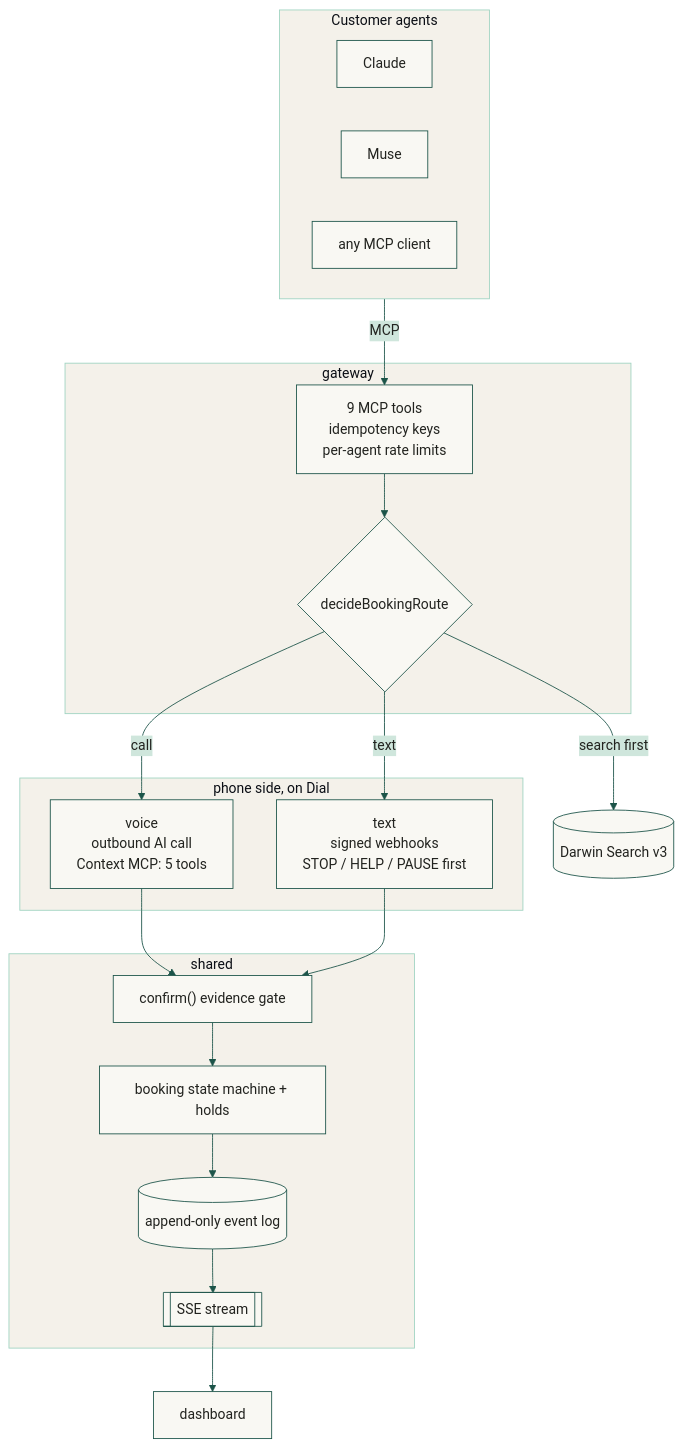
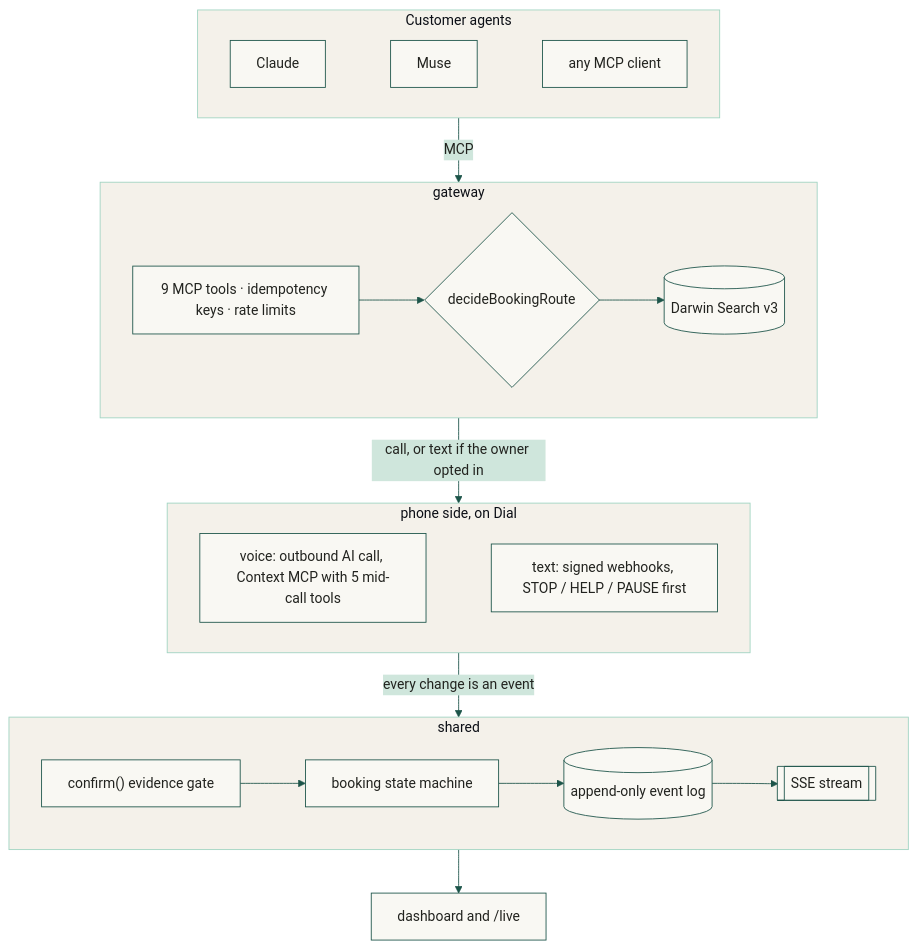
One commit to KarthikSubramanian07/Platypus changed the fourth of 6 diagrams in README.md. Above: the diagram before and after it, drawn with Mermaid. The commit also changed other lines of this file and 14 other files, not shown here.

First line of the commit message:
Polish the README diagrams and screenshots, and fix what a stress pass found

````diff
--- a/README.md
+++ b/README.md
@@ -138,31 +138,26 @@
 ```mermaid
-%%{init: {'theme': 'base', 'themeVariables': {'fontFamily': 'ui-sans-serif, system-ui, sans-serif', 'primaryColor': '#f9f8f3', 'primaryTextColor': '#22231f', 'primaryBorderColor': '#1c5449', 'lineColor': '#1c5449', 'secondaryColor': '#cfe6dc', 'tertiaryColor': '#f4f1ea', 'clusterBkg': '#f4f1ea', 'clusterBorder': '#9fd3c1', 'actorBkg': '#1c5449', 'actorTextColor': '#ffffff', 'actorBorder': '#1c5449', 'noteBkgColor': '#cfe6dc', 'noteBorderColor': '#1c5449', 'signalColor': '#1c5449', 'labelBoxBkgColor': '#f9f8f3', 'xyChart': {'plotColorPalette': '#1c5449'}}}}%%
+%%{init: {'theme': 'base', 'themeVariables': {'fontFamily': 'ui-sans-serif, system-ui, sans-serif', 'primaryColor': '#f9f8f3', 'primaryTextColor': '#22231f', 'primaryBorderColor': '#1c5449', 'lineColor': '#1c5449', 'secondaryColor': '#cfe6dc', 'tertiaryColor': '#f4f1ea', 'clusterBkg': '#f4f1ea', 'clusterBorder': '#9fd3c1', 'actorBkg': '#cfe6dc', 'actorTextColor': '#22231f', 'actorBorder': '#1c5449', 'actorLineColor': '#9fd3c1', 'noteBkgColor': '#cfe6dc', 'noteBorderColor': '#1c5449', 'signalColor': '#1c5449', 'labelBoxBkgColor': '#f9f8f3', 'xyChart': {'plotColorPalette': '#1c5449'}}}}%%
 flowchart TB
     subgraph Agents["Customer agents"]
-        CL[Claude] & MU[Muse] & ANY[any MCP client]
+        direction LR
+        CL[Claude] ~~~ MU[Muse] ~~~ ANY[any MCP client]
     end
     subgraph GW["gateway"]
-        T["9 MCP tools<br/>idempotency keys<br/>per-agent rate limits"]
-        R{decideBookingRoute}
+        direction LR
+        T["9 MCP tools · idempotency keys · rate limits"] --> R{"decideBookingRoute"} --> DW[("Darwin Search v3")]
     end
-    DW[(Darwin Search v3)]
     subgraph PH["phone side, on Dial"]
-        VO["voice<br/>outbound AI call<br/>Context MCP: 5 tools"]
-        TX["text<br/>signed webhooks<br/>STOP / HELP / PAUSE first"]
+        direction LR
+        VO["voice: outbound AI call, Context MCP with 5 mid-call tools"] ~~~ TX["text: signed webhooks, STOP / HELP / PAUSE first"]
     end
     subgraph SH["shared"]
-        CF["confirm() evidence gate"]
-        SM[booking state machine + holds]
-        EV[(append-only event log)]
-        SSE[[SSE stream]]
+        direction LR
+        CF["confirm() evidence gate"] --> SM["booking state machine"] --> EV[("append-only event log")] --> SSE[["SSE stream"]]
     end
-    DB[dashboard]
+    DB["dashboard and /live"]
 
-    Agents -- MCP --> T --> R
-    R -- search first --> DW
-    R -- call --> VO
-    R -- text --> TX
-    VO --> CF
-    TX --> CF
-    CF --> SM --> EV --> SSE --> DB
+    Agents -- "MCP" --> GW
+    GW -- "call, or text if the owner opted in" --> PH
+    PH -- "every change is an event" --> SH
+    SH --> DB
 ```
````
